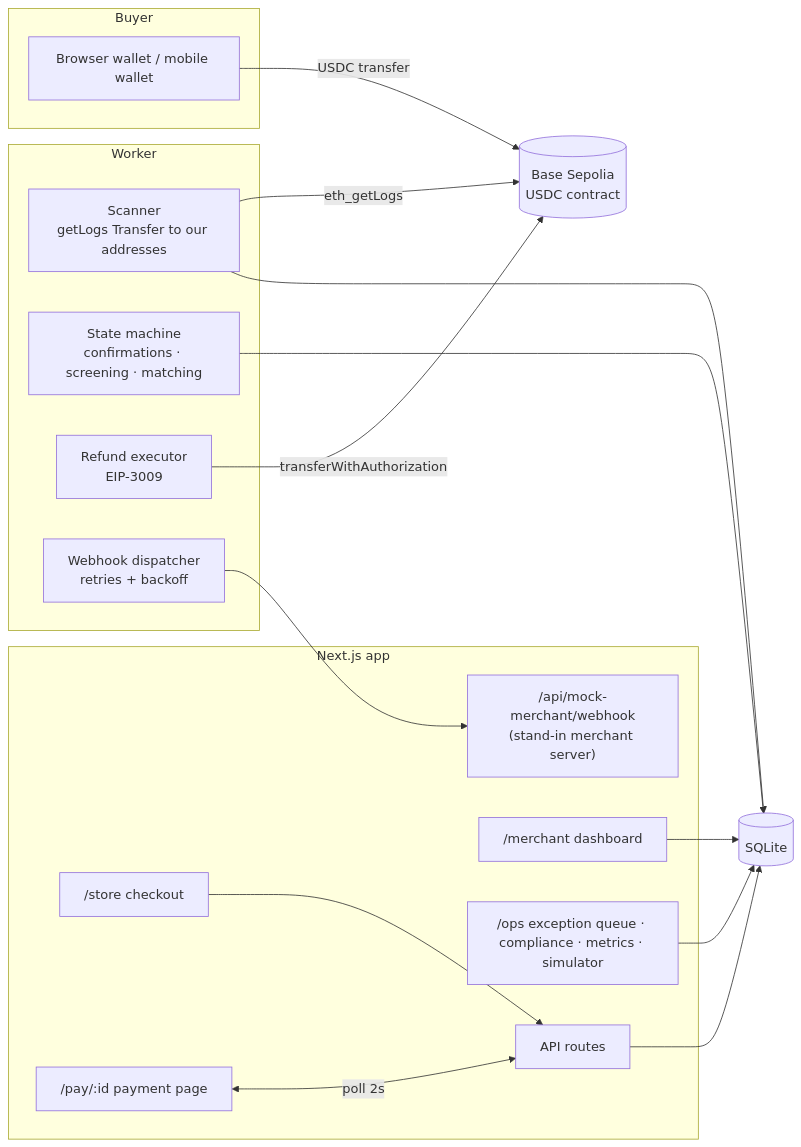
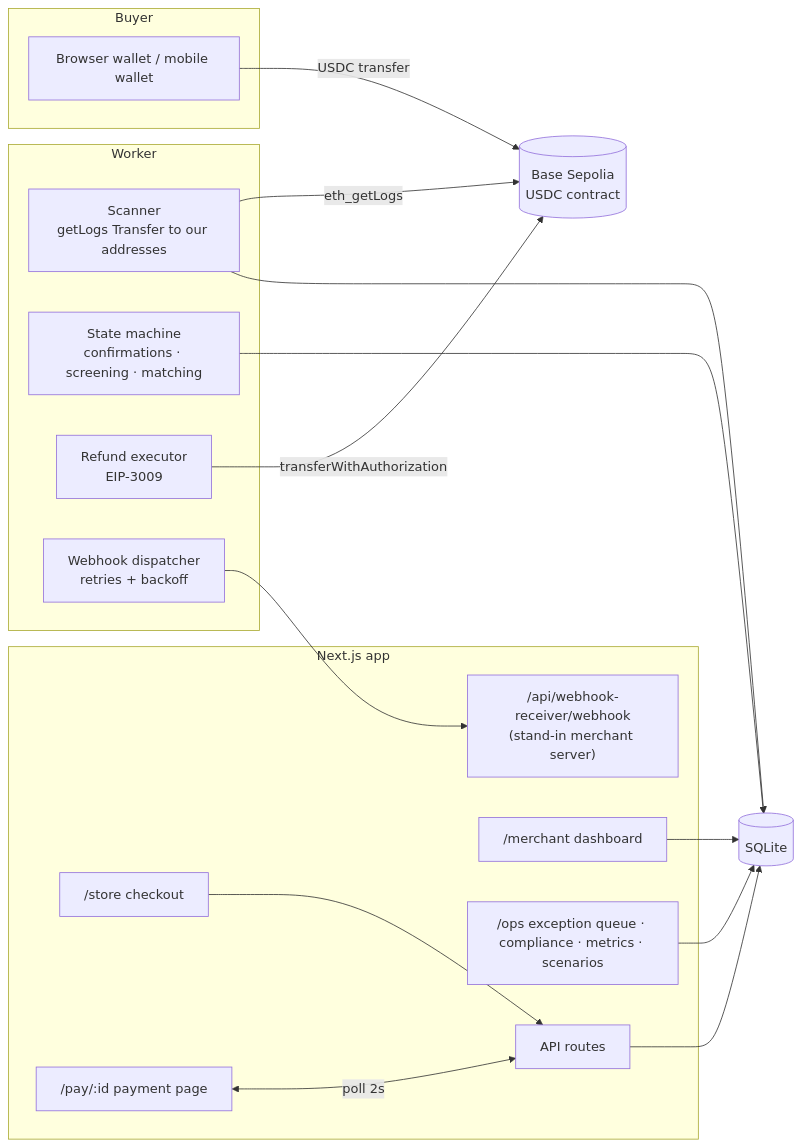
The first of 2 diagrams in README.md (ChuaiYixin/usdc-checkout-prototype), drawn with Mermaid before and after one commit. The commit also changed other lines of this file and 70 other files, not shown here.

````diff
--- a/README.md
+++ b/README.md
@@ -71,33 +75,33 @@
 ```mermaid
 flowchart LR
   subgraph Buyer
     W[Browser wallet / mobile wallet]
   end
   subgraph Next.js app
     S["/store checkout"]
     P["/pay/:id payment page"]
     API[API routes]
     M["/merchant dashboard"]
-    O["/ops exception queue · compliance · metrics · simulator"]
-    MM["/api/mock-merchant/webhook<br/>(stand-in merchant server)"]
+    O["/ops exception queue · compliance · metrics · scenarios"]
+    MM["/api/webhook-receiver/webhook<br/>(stand-in merchant server)"]
   end
   subgraph Worker
     SC[Scanner<br/>getLogs Transfer to our addresses]
     EV[State machine<br/>confirmations · screening · matching]
     RF[Refund executor<br/>EIP-3009]
     WH[Webhook dispatcher<br/>retries + backoff]
   end
   DB[(SQLite)]
   CH[(Base Sepolia<br/>USDC contract)]
 
   S --> API --> DB
   P <-- poll 2s --> API
   W -- USDC transfer --> CH
   SC -- eth_getLogs --> CH
   SC --> DB
   EV --> DB
   RF -- transferWithAuthorization --> CH
   WH --> MM
   M --> DB
   O --> DB
 ```
````
